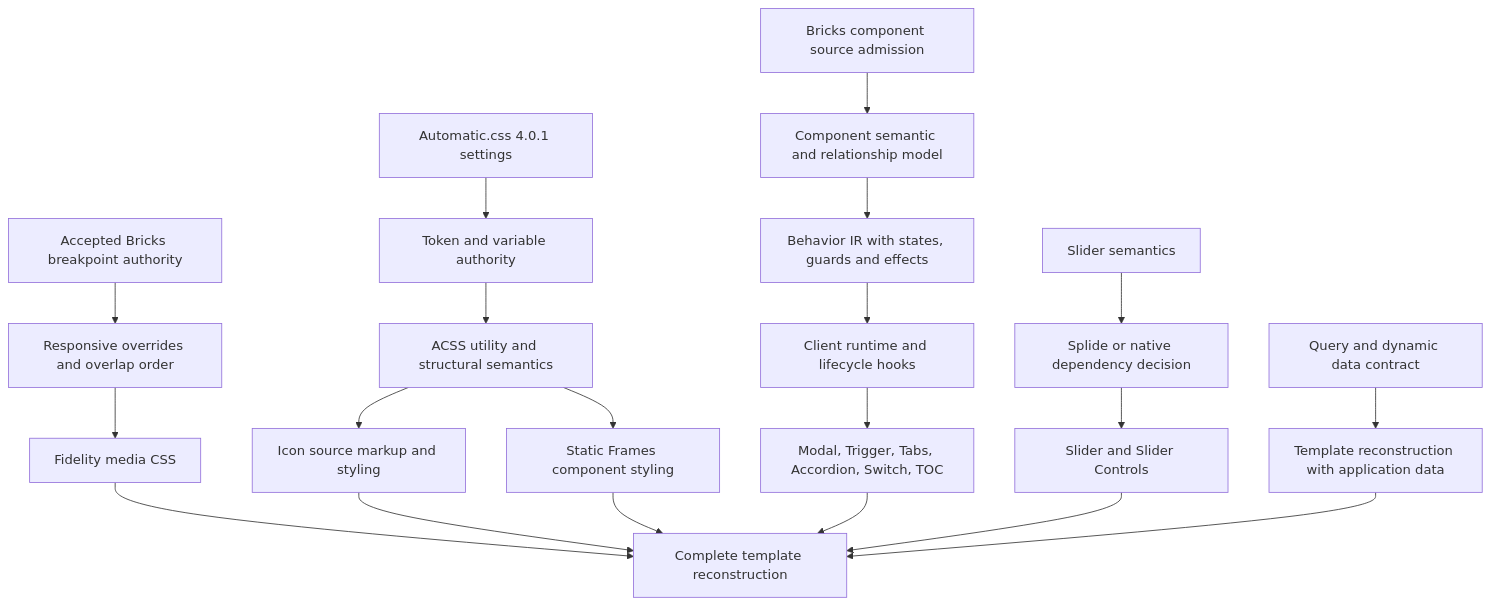
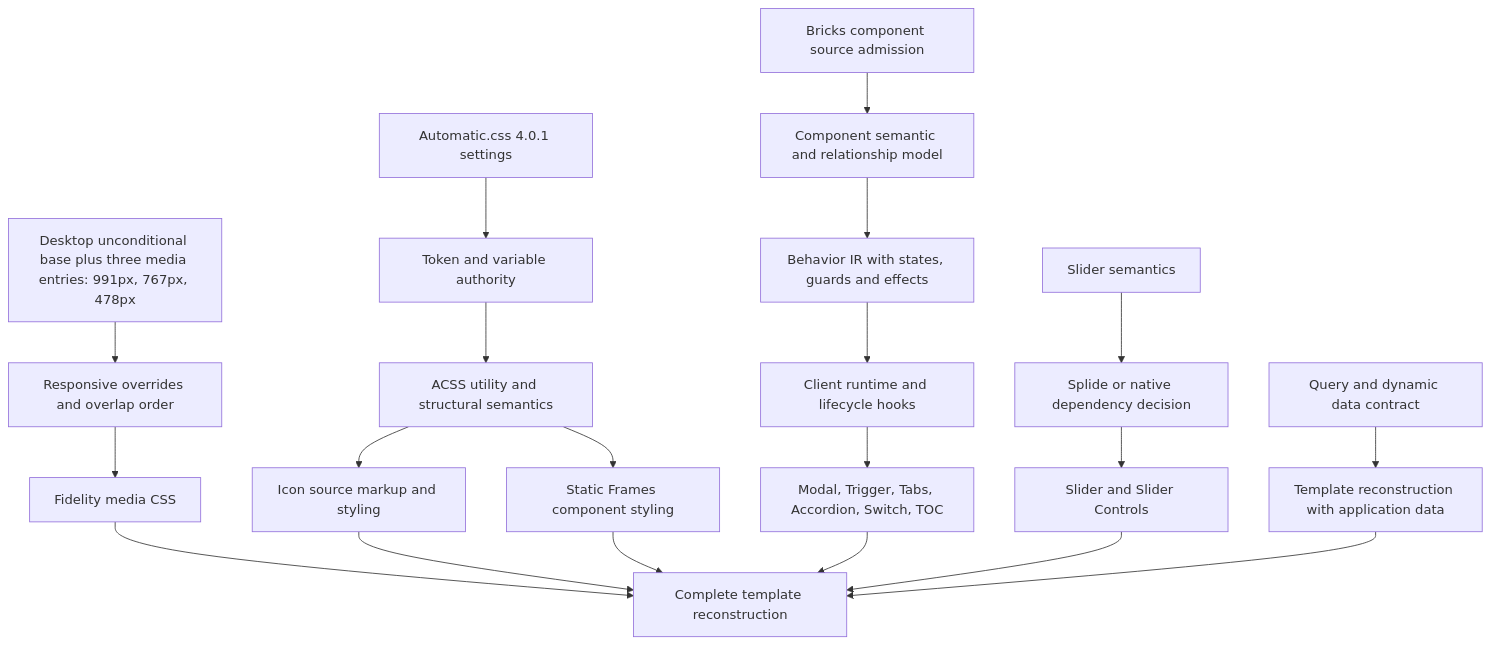
One commit to JCSchoeman96/LiveFrames changed the second of 2 diagrams in docs/development/c07x_unsupported_surface_inventory.md. Above: the diagram before and after it, drawn with Mermaid. The commit also changed other lines of this file, not shown here.

Commit message:
Clarify C-07B3 breakpoint authority context.

````diff
--- a/docs/development/c07x_unsupported_surface_inventory.md
+++ b/docs/development/c07x_unsupported_surface_inventory.md
@@ -578,22 +585,22 @@
 ```mermaid
 flowchart TD
-  A[Accepted Bricks breakpoint authority] --> B[Responsive overrides and overlap order]
+  A[Desktop unconditional base plus three media entries: 991px, 767px, 478px] --> B[Responsive overrides and overlap order]
   B --> C[Fidelity media CSS]
   D[Automatic.css 4.0.1 settings] --> E[Token and variable authority]
   E --> F[ACSS utility and structural semantics]
   F --> G[Icon source markup and styling]
   F --> H[Static Frames component styling]
   I[Bricks component source admission] --> J[Component semantic and relationship model]
   J --> K[Behavior IR with states, guards and effects]
   K --> L[Client runtime and lifecycle hooks]
   L --> M[Modal, Trigger, Tabs, Accordion, Switch, TOC]
   N[Slider semantics] --> O[Splide or native dependency decision]
   O --> P[Slider and Slider Controls]
   Q[Query and dynamic data contract] --> R[Template reconstruction with application data]
   C --> S[Complete template reconstruction]
   G --> S
   H --> S
   M --> S
   P --> S
   R --> S
 ```
````
